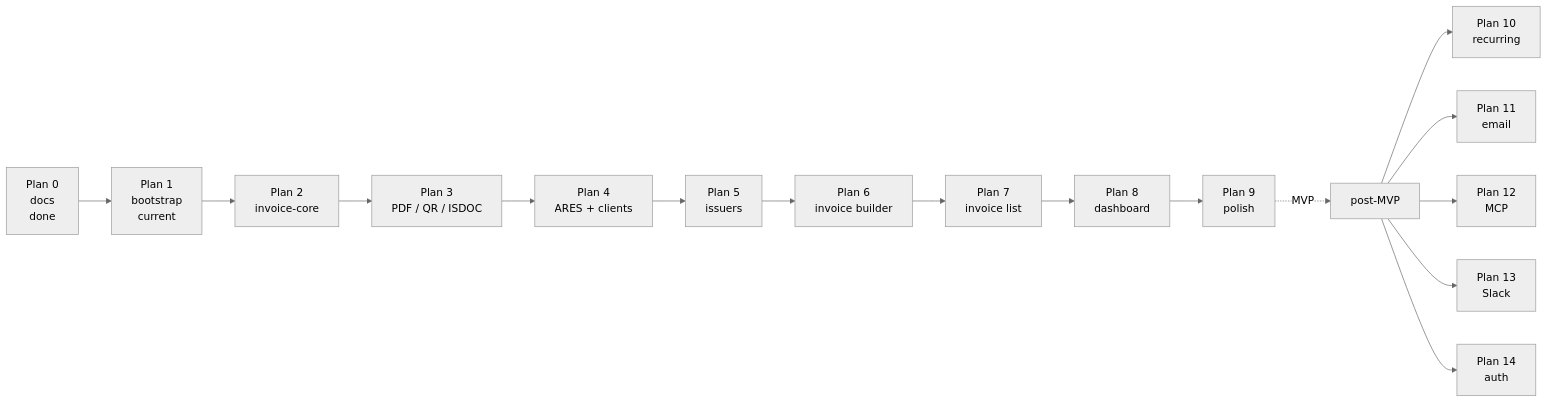
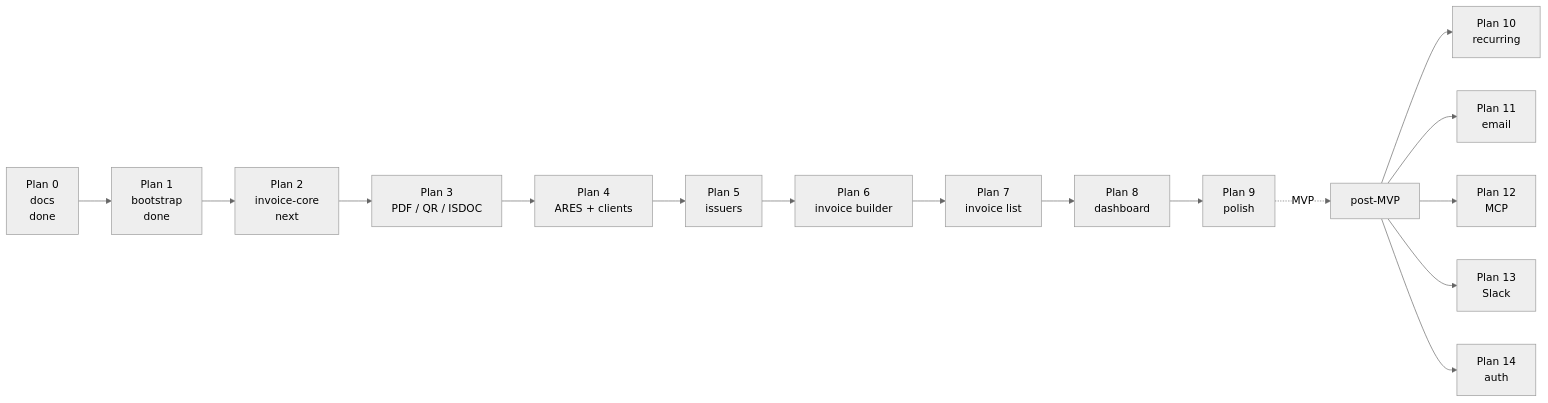
The diagram in docs/roadmap.md (filipditrich/inveoiceyai), drawn with Mermaid (neutral theme) before and after one commit. The commit also changed other lines of this file and 3 other files, not shown here.

````diff
--- a/docs/roadmap.md
+++ b/docs/roadmap.md
@@ -7,18 +7,18 @@
 ```mermaid
 flowchart LR
-    P0["Plan 0<br/>docs<br/>done"] --> P1["Plan 1<br/>bootstrap<br/>current"]
-    P1 --> P2["Plan 2<br/>invoice-core"]
+    P0["Plan 0<br/>docs<br/>done"] --> P1["Plan 1<br/>bootstrap<br/>done"]
+    P1 --> P2["Plan 2<br/>invoice-core<br/>next"]
     P2 --> P3["Plan 3<br/>PDF / QR / ISDOC"]
     P3 --> P4["Plan 4<br/>ARES + clients"]
     P4 --> P5["Plan 5<br/>issuers"]
     P5 --> P6["Plan 6<br/>invoice builder"]
     P6 --> P7["Plan 7<br/>invoice list"]
     P7 --> P8["Plan 8<br/>dashboard"]
     P8 --> P9["Plan 9<br/>polish"]
     P9 -.MVP.-> Post["post-MVP"]
     Post --> P10["Plan 10<br/>recurring"]
     Post --> P11["Plan 11<br/>email"]
     Post --> P12["Plan 12<br/>MCP"]
     Post --> P13["Plan 13<br/>Slack"]
     Post --> P14["Plan 14<br/>auth"]
 ```
````
